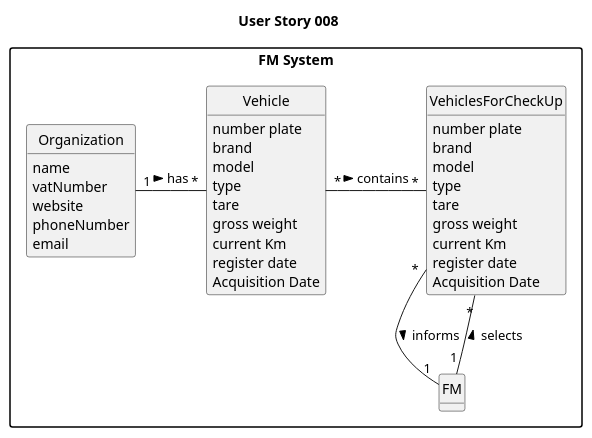
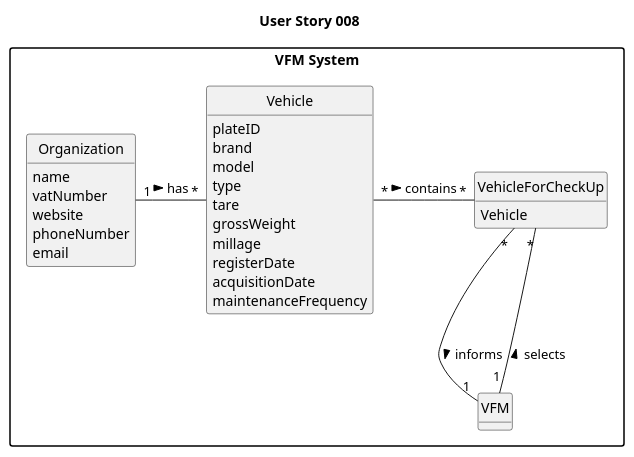
The diagram in docs/sprintA/us008/02.analysis/puml/us008-domain-model.puml (SAEmanuel/Green_Spaces_Management_ISEP), drawn with PlantUML before and after one commit. The commit also changed 21 other files, not shown here.

```diff
--- a/docs/sprintA/us008/02.analysis/puml/us008-domain-model.puml
+++ b/docs/sprintA/us008/02.analysis/puml/us008-domain-model.puml
@@ -1,64 +1,53 @@
 @startuml
 skinparam monochrome true
 skinparam packageStyle rectangle
 skinparam shadowing false
 
 'left to right direction
 
 skinparam classAttributeIconSize 0
 
 hide circle
 hide methods
-package "FM System" {
+package "VFM System" {
 
 title User Story 008
 
-class VehiclesForCheckUp {
-number plate
-brand
-model
-type
-tare
-gross weight
-current Km
-register date
-Acquisition Date
-Maintenance/Checkup Frequency (in Kms)
-
-
+class VehicleForCheckUp {
+    Vehicle
 }
 
-class FM {
+class VFM {
 }
 
 class Vehicle {
-number plate
-brand
-model
-type
-tare
-gross weight
-current Km
-register date
-Acquisition Date
-Maintenance/Checkup Frequency (in Kms)
+         plateID
+         brand
+         model
+         type
+         tare
+         grossWeight
+         millage
+         registerDate
+         acquisitionDate
+         maintenanceFrequency
 }
 
 class Organization {
 name
 vatNumber
 website
 phoneNumber
 email
 }
 
 
 
 Organization "1" - "*" Vehicle: has >
-Vehicle "*"- "*" VehiclesForCheckUp: contains >
-VehiclesForCheckUp "*" -- "1" FM : informs >
-FM "1" -- "*" VehiclesForCheckUp: selects >
+Vehicle "*"- "*" VehicleForCheckUp: contains >
+VehicleForCheckUp "*" -- "1" VFM : informs >
+VFM "1" -- "*" VehicleForCheckUp: selects >
 
 
 
 @enduml
```
